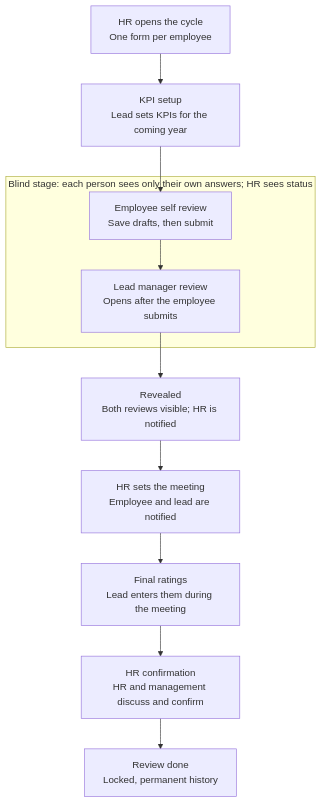
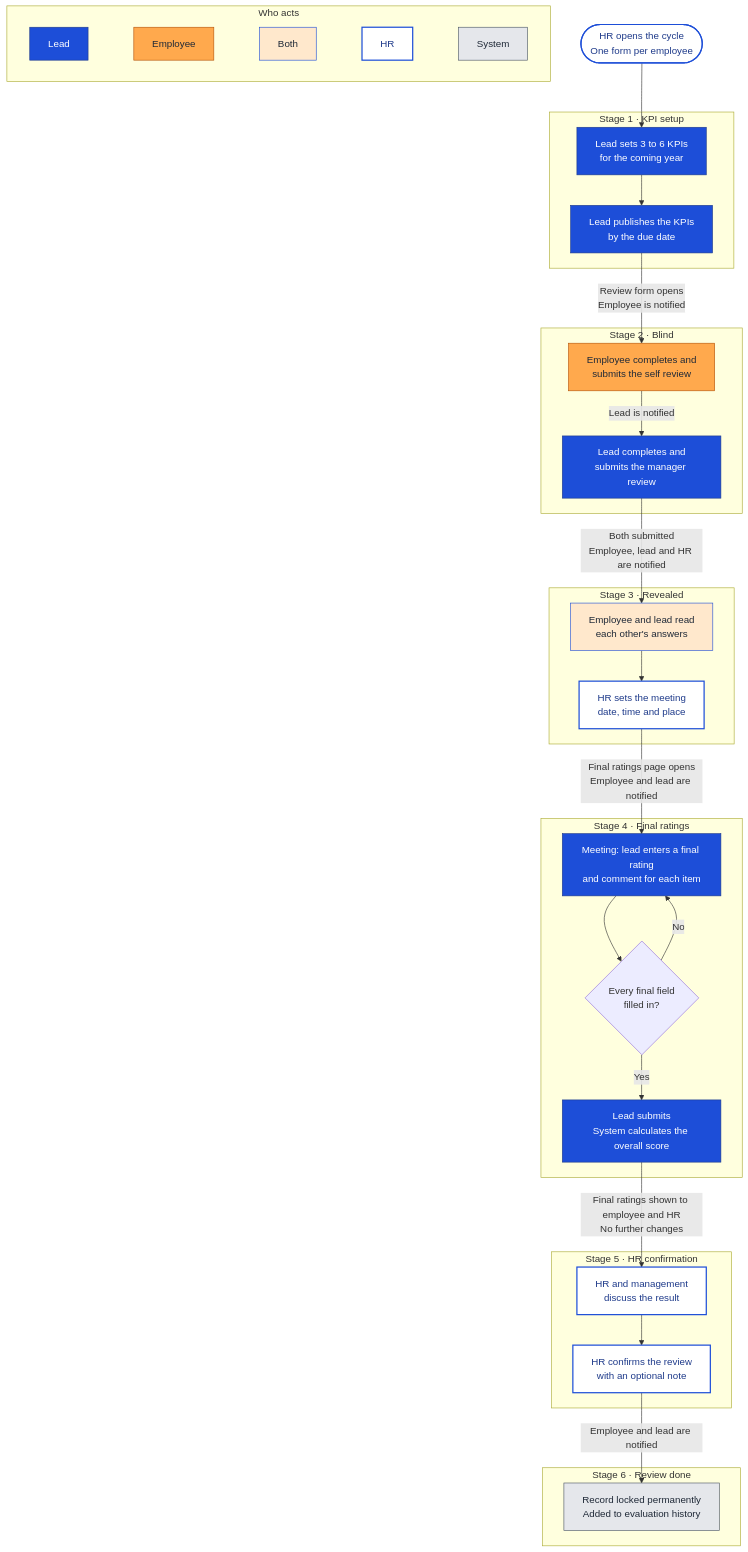
Before and after one commit to GHDilini/HR-evaluation-Sytem: the first of 3 diagrams in PRD.md, drawn with Mermaid. The commit also changed other lines of this file, not shown here.

First line of the commit message:
docs(prd): add system flow diagrams

````diff
--- a/PRD.md
+++ b/PRD.md
@@ -163,15 +167,46 @@
 ```mermaid
 flowchart TD
-  HR["HR opens the cycle<br/>One form per employee"]
-  KPI["KPI setup<br/>Lead sets KPIs for the coming year"]
-  subgraph Blind["Blind stage: each person sees only their own answers; HR sees status"]
-    EMP["Employee self review<br/>Save drafts, then submit"]
-    LEAD["Lead manager review<br/>Opens after the employee submits"]
+  START(["HR opens the cycle<br/>One form per employee"]):::hr --> K1
+
+  subgraph S1["Stage 1 · KPI setup"]
+    K1["Lead sets 3 to 6 KPIs<br/>for the coming year"]:::lead --> K2["Lead publishes the KPIs<br/>by the due date"]:::lead
   end
-  REV["Revealed<br/>Both reviews visible; HR is notified"]
-  MEET["HR sets the meeting<br/>Employee and lead are notified"]
-  FIN["Final ratings<br/>Lead enters them during the meeting"]
-  CONF["HR confirmation<br/>HR and management discuss and confirm"]
-  DONE["Review done<br/>Locked, permanent history"]
-  HR --> KPI --> EMP --> LEAD --> REV --> MEET --> FIN --> CONF --> DONE
+  K2 -->|"Review form opens<br/>Employee is notified"| B1
+
+  subgraph S2["Stage 2 · Blind"]
+    B1["Employee completes and<br/>submits the self review"]:::emp -->|"Lead is notified"| B2["Lead completes and<br/>submits the manager review"]:::lead
+  end
+  B2 -->|"Both submitted<br/>Employee, lead and HR are notified"| R1
+
+  subgraph S3["Stage 3 · Revealed"]
+    R1["Employee and lead read<br/>each other's answers"]:::both --> R2["HR sets the meeting<br/>date, time and place"]:::hr
+  end
+  R2 -->|"Final ratings page opens<br/>Employee and lead are notified"| F1
+
+  subgraph S4["Stage 4 · Final ratings"]
+    F1["Meeting: lead enters a final rating<br/>and comment for each item"]:::lead --> F2{"Every final field<br/>filled in?"}
+    F2 -->|"No"| F1
+    F2 -->|"Yes"| F3["Lead submits<br/>System calculates the overall score"]:::lead
+  end
+  F3 -->|"Final ratings shown to employee and HR<br/>No further changes"| C1
+
+  subgraph S5["Stage 5 · HR confirmation"]
+    C1["HR and management<br/>discuss the result"]:::hr --> C2["HR confirms the review<br/>with an optional note"]:::hr
+  end
+  C2 -->|"Employee and lead are notified"| D1
+
+  subgraph S6["Stage 6 · Review done"]
+    D1["Record locked permanently<br/>Added to evaluation history"]:::sys
+  end
+
+  subgraph KEY["Who acts"]
+    direction LR
+    L1["Lead"]:::lead ~~~ L2["Employee"]:::emp ~~~ L3["Both"]:::both ~~~ L4["HR"]:::hr ~~~ L5["System"]:::sys
+  end
+
+  classDef lead fill:#1D4ED8,stroke:#1E3A8A,color:#FFFFFF
+  classDef emp fill:#FFA94D,stroke:#B45309,color:#1F2937
+  classDef both fill:#FFE8CC,stroke:#1D4ED8,color:#1F2937
+  classDef hr fill:#FFFFFF,stroke:#1D4ED8,stroke-width:2px,color:#1E3A8A
+  classDef sys fill:#E5E7EB,stroke:#4B5563,color:#1F2937
 ```
````
